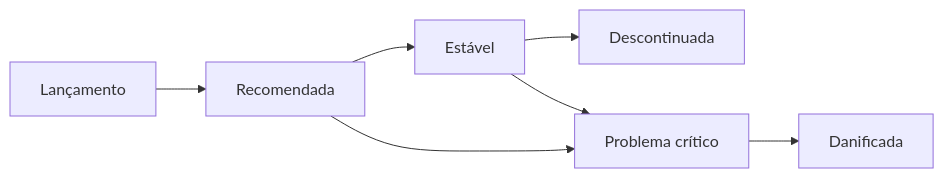
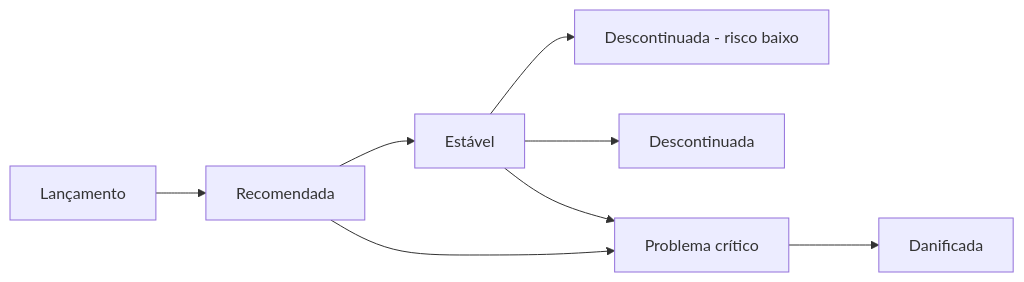
One commit to Rentbrella-org/Rentbrella-org.github.io changed the first of 2 diagrams in releases/policy.md. Above: the diagram before and after it, drawn with Mermaid. The commit also changed other lines of this file and 30 other files, not shown here.

````diff
--- a/releases/policy.md
+++ b/releases/policy.md
@@ -14,9 +14,10 @@
 ```mermaid
 flowchart LR
     lancamento[Lançamento] --> recomendada[Recomendada]
     recomendada --> estavel[Estável]
+    estavel --> riscoBaixo[Descontinuada - risco baixo]
     estavel --> descontinuada[Descontinuada]
     recomendada --> problemaCritico[Problema crítico]
     estavel --> problemaCritico
     problemaCritico --> danificada[Danificada]
 ```
````
